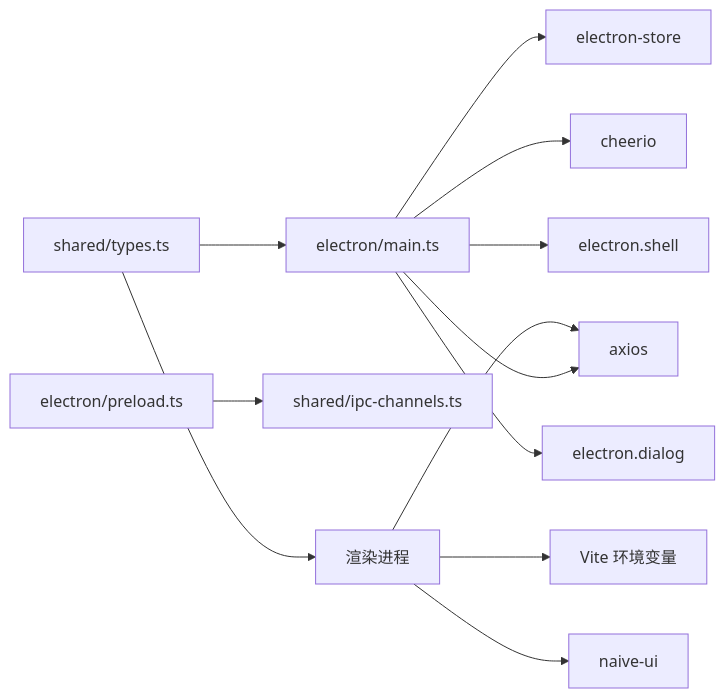
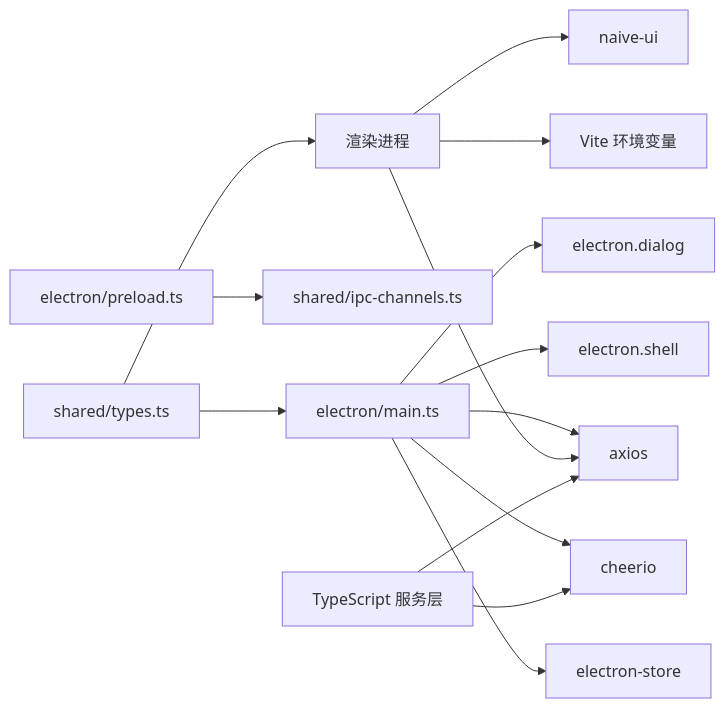
One commit to Siborne/OJFlow changed the eighth of 8 diagrams in .qoder/repowiki/zh/content/系统集成/系统集成.md. Above: the diagram before and after it, drawn with Mermaid. The commit also changed other lines of this file and 12 other files, not shown here.

````diff
--- a/.qoder/repowiki/zh/content/系统集成/系统集成.md
+++ b/.qoder/repowiki/zh/content/系统集成/系统集成.md
@@ -304,14 +378,16 @@
 ```mermaid
 graph LR
 Main["electron/main.ts"] --> Store["electron-store"]
 Main --> Axios["axios"]
 Main --> Cheerio["cheerio"]
 Main --> Shell["electron.shell"]
 Main --> Dialog["electron.dialog"]
 Preload["electron/preload.ts"] --> IPC["shared/ipc-channels.ts"]
 Renderer["渲染进程"] --> Vite["Vite 环境变量"]
 Renderer --> Naive["naive-ui"]
 Renderer --> Axios
 SharedTypes["shared/types.ts"] --> Main
 SharedTypes --> Renderer
+TS["TypeScript 服务层"] --> Axios
+TS --> Cheerio
 ```
````
